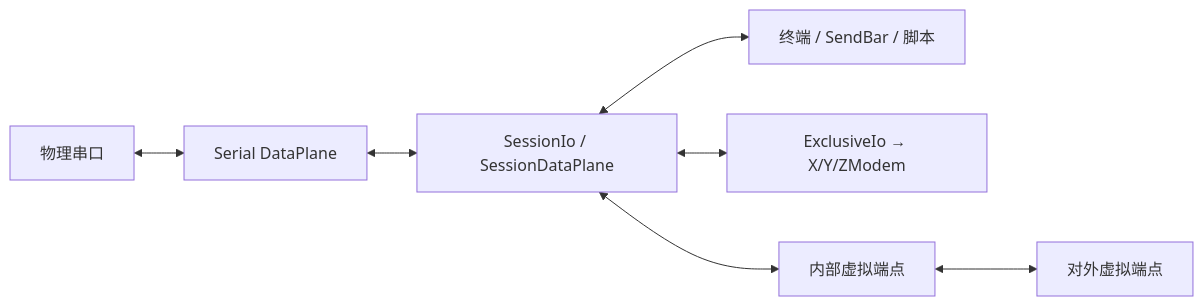
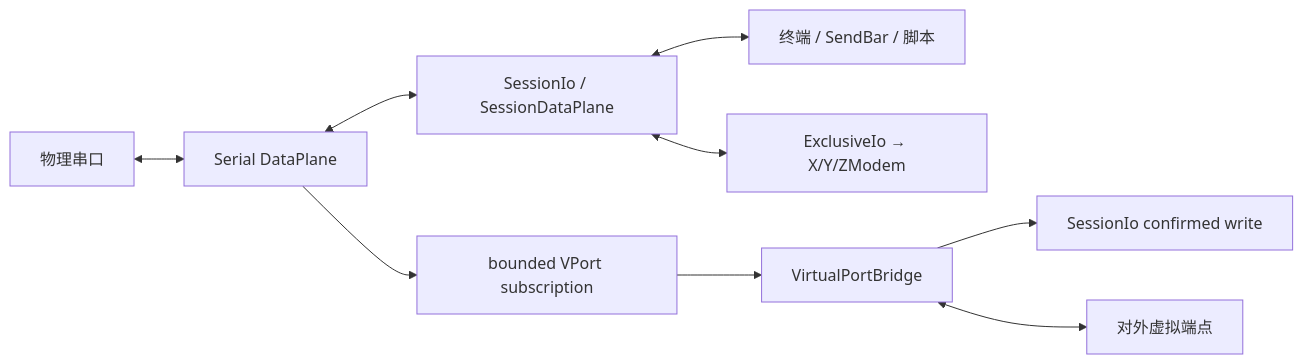
The diagram in docs/modules/SERIAL.md (hamburger-os/TauTerm), drawn with Mermaid before and after one commit. The commit also changed other lines of this file and 19 other files, not shown here.

````diff
--- a/docs/modules/SERIAL.md
+++ b/docs/modules/SERIAL.md
@@ -74,9 +100,11 @@
 ```mermaid
 flowchart LR
   Device["物理串口"] <--> DP["Serial DataPlane"]
   DP <--> Session["SessionIo / SessionDataPlane"]
   Session <--> UI["终端 / SendBar / 脚本"]
   Session <--> Transfer["ExclusiveIo → X/Y/ZModem"]
-  Session <--> Bridge["内部虚拟端点"]
+  DP --> Sub["bounded VPort subscription"]
+  Sub --> Bridge["VirtualPortBridge"]
+  Bridge --> IO["SessionIo confirmed write"]
   Bridge <--> External["对外虚拟端点"]
 ```
````
